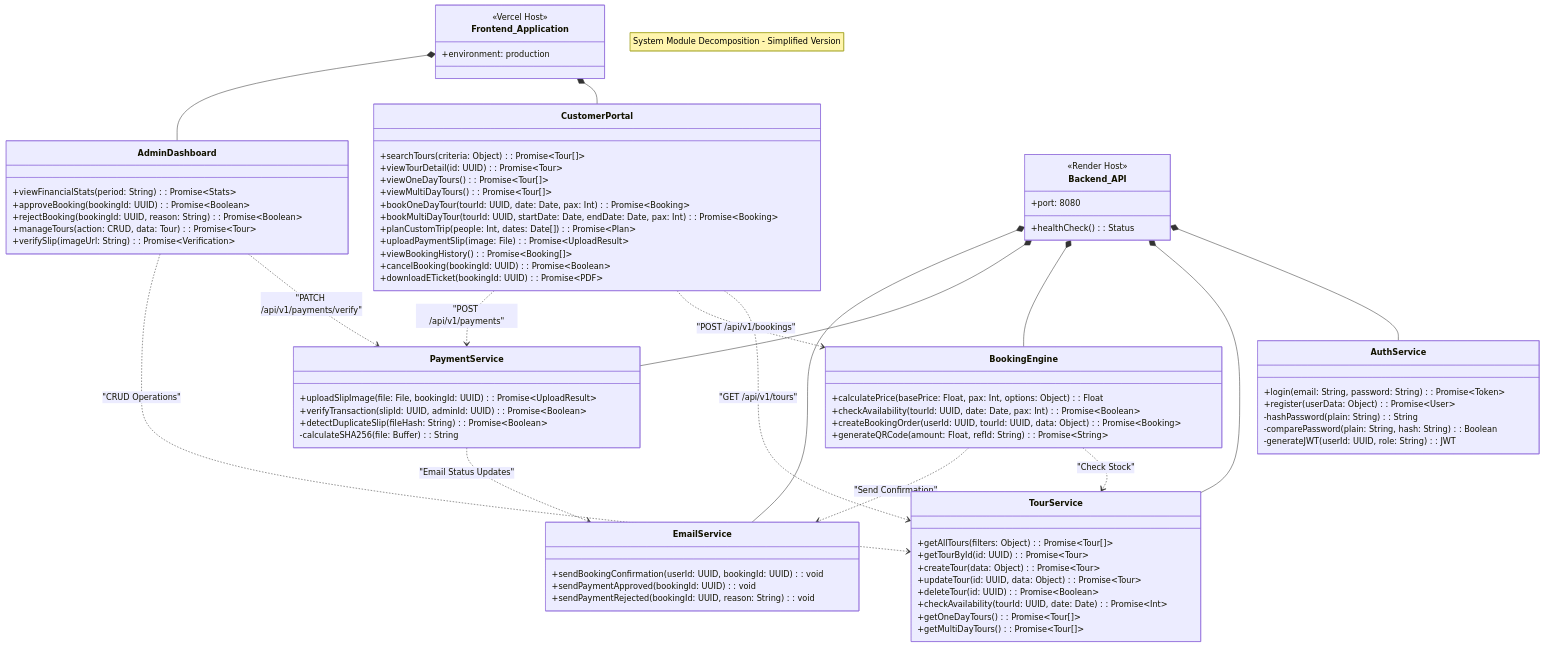
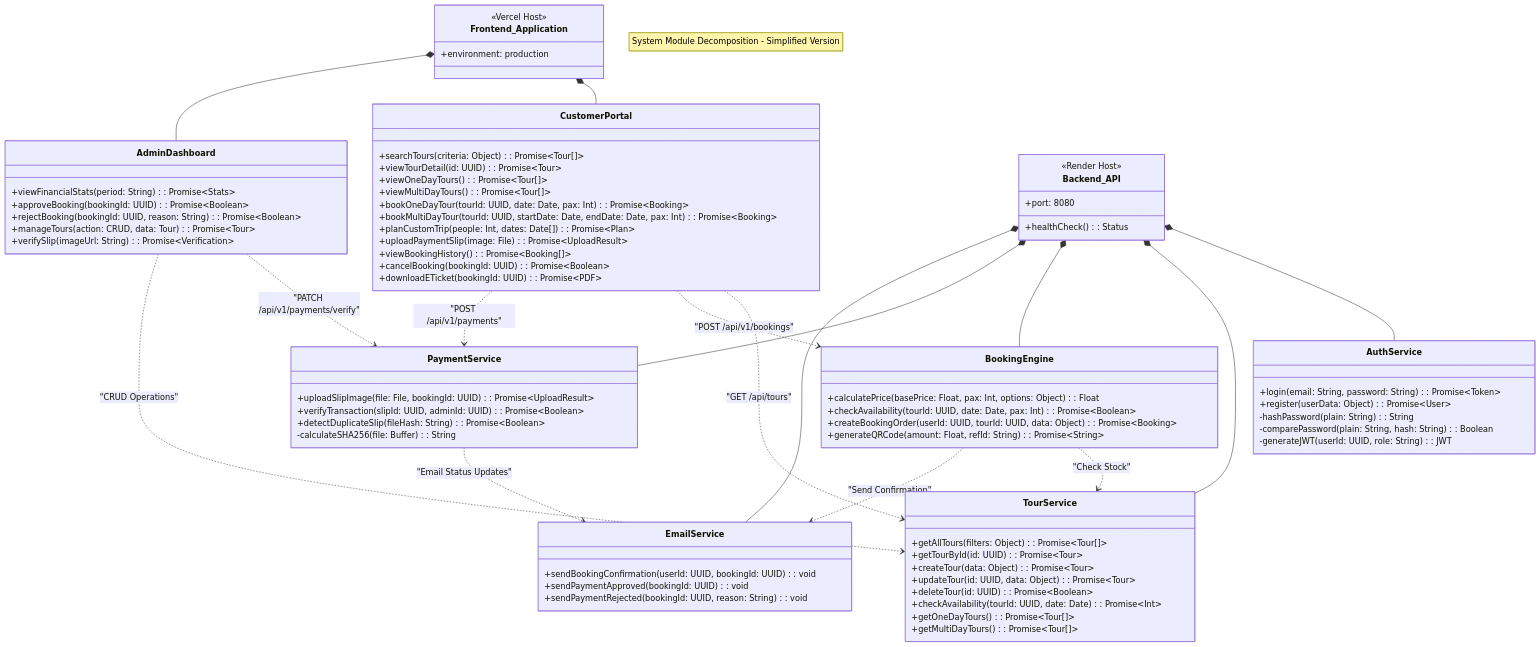
Before and after one commit to psu6810110135/final_porj: the first of 2 diagrams in system_based/Component_Design.md, drawn with Mermaid. The commit also changed other lines of this file and 13 other files, not shown here.

```diff
--- a/system_based/Component_Design.md
+++ b/system_based/Component_Design.md
@@ -104,7 +104,7 @@
     Backend_API *-- PaymentService
     Backend_API *-- EmailService
 
-    CustomerPortal ..> TourService : "GET /api/v1/tours"
+    CustomerPortal ..> TourService : "GET /api/tours"
     CustomerPortal ..> BookingEngine : "POST /api/v1/bookings"
     CustomerPortal ..> PaymentService : "POST /api/v1/payments"
 
```
